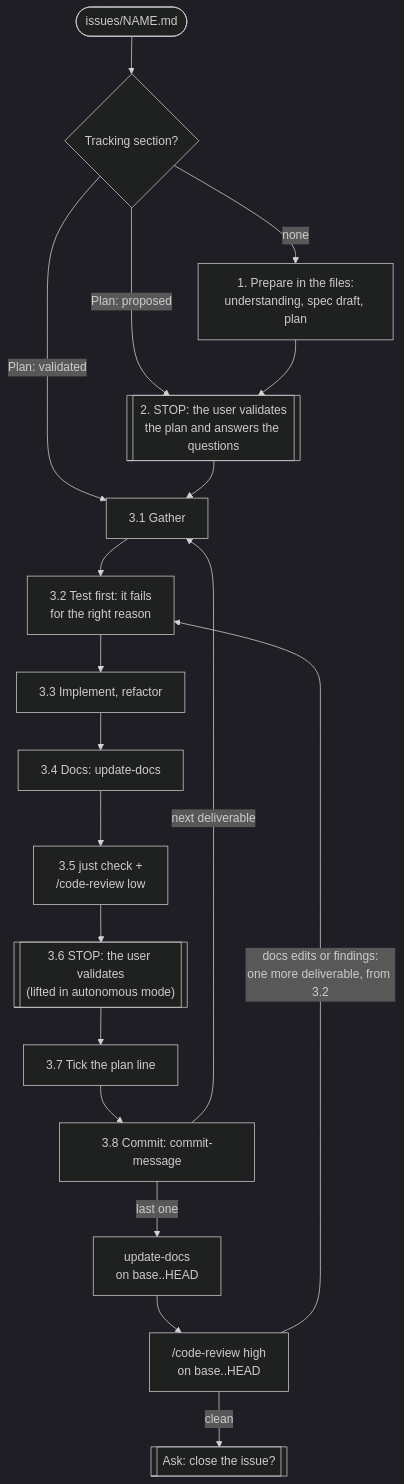
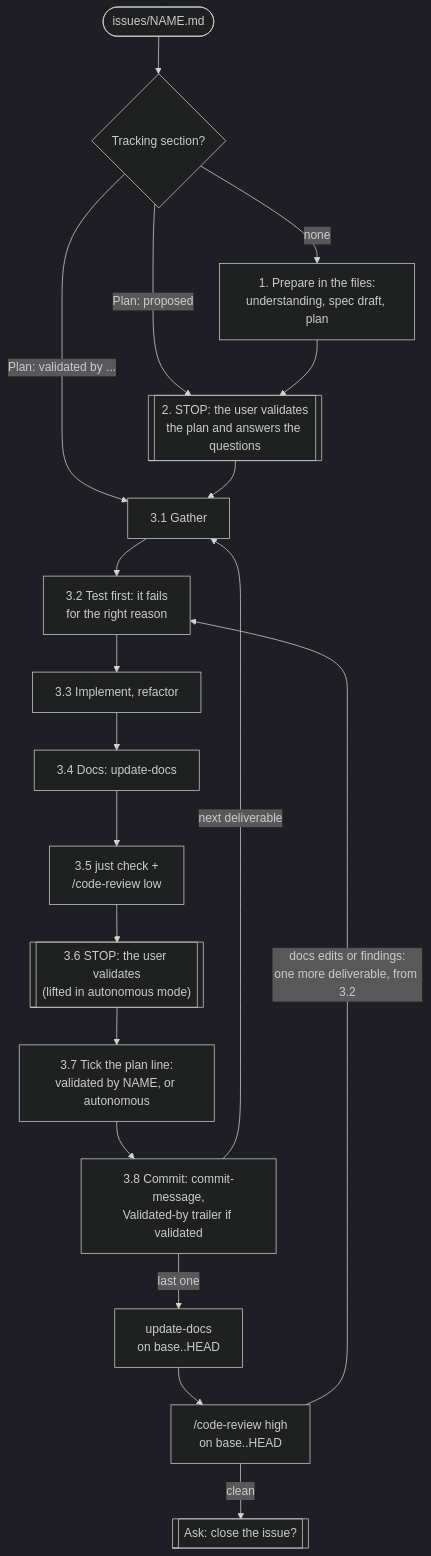
Before and after one commit to Electron-libre/cardinal: the second of 3 diagrams in docs/workflow.md, drawn with Mermaid (dark theme). The commit also changed 7 other files, not shown here.

````diff
--- a/docs/workflow.md
+++ b/docs/workflow.md
@@ -31,21 +31,21 @@
 ```mermaid
 flowchart TD
   start(["issues/NAME.md"]) --> resume{"Tracking section?"}
   resume -->|none| prepare["1. Prepare in the files:<br/>understanding, spec draft, plan"]
   resume -->|"Plan: proposed"| validate
-  resume -->|"Plan: validated"| gather
+  resume -->|"Plan: validated by ..."| gather
   prepare --> validate[["2. STOP: the user validates<br/>the plan and answers the questions"]]
   validate --> gather["3.1 Gather"]
   gather --> red["3.2 Test first: it fails<br/>for the right reason"]
   red --> green["3.3 Implement, refactor"]
   green --> docs["3.4 Docs: update-docs"]
   docs --> review["3.5 just check +<br/>/code-review low"]
   review --> human[["3.6 STOP: the user validates<br/>(lifted in autonomous mode)"]]
-  human --> track["3.7 Tick the plan line"]
-  track --> commit["3.8 Commit: commit-message"]
+  human --> track["3.7 Tick the plan line:<br/>validated by NAME, or autonomous"]
+  track --> commit["3.8 Commit: commit-message,<br/>Validated-by trailer if validated"]
   commit -->|next deliverable| gather
   commit -->|last one| issuedocs["update-docs<br/>on base..HEAD"]
   issuedocs --> high["/code-review high<br/>on base..HEAD"]
   high -->|"docs edits or findings:<br/>one more deliverable, from 3.2"| red
   high -->|clean| ask[["Ask: close the issue?"]]
 ```
````
